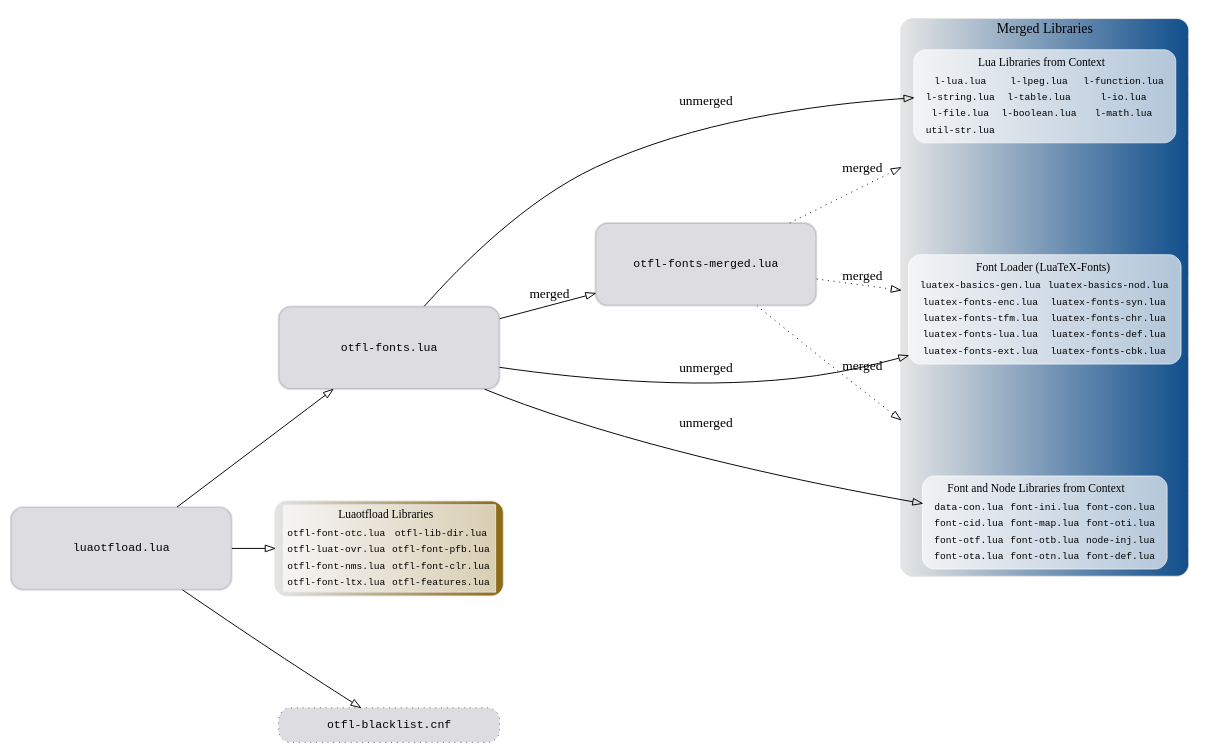
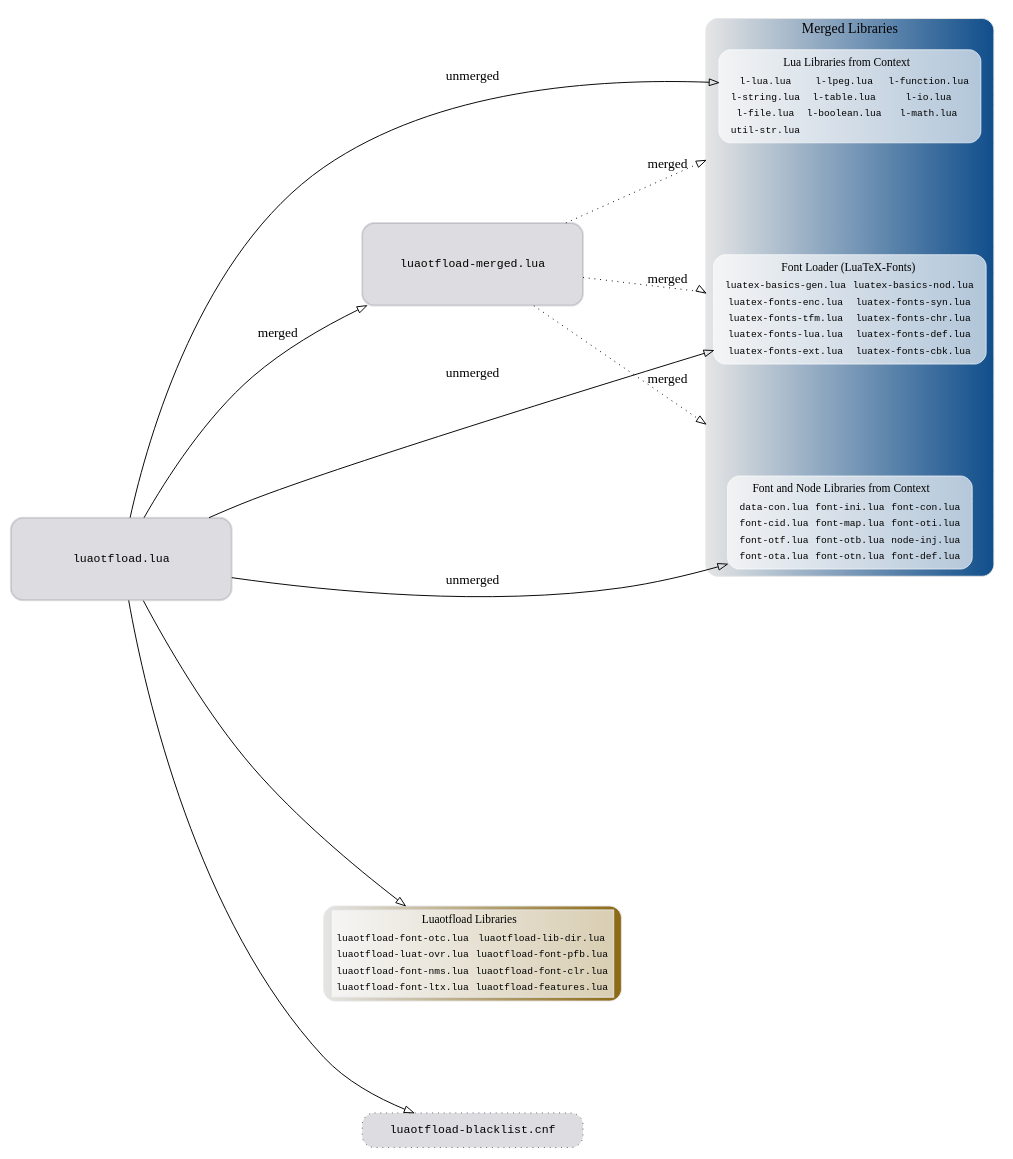
The diagram in filegraph.dot (latex3/luaotfload), drawn with Graphviz before and after one commit. The commit also changed 1 other file, not shown here.

Commit message:
update graph to current dependency structure

```diff
--- a/filegraph.dot
+++ b/filegraph.dot
@@ -1,199 +1,179 @@
 strict digraph luaotfload_files { //looks weird with circo ...
     compound       = true;
 
 //  label          = "Schematic of the files included in Luaotfload.";
 //  labelloc       = "b";
 
     fontsize       = "14.4";
     labelfontname  = "Iwona Medium Regular";
     fontname       = "Iwona Light Regular";
     size           = "21cm";
 
     rankdir        = LR;
     ranksep  = 0.618;
     nodesep  = 1.618;
 
     edge [
         arrowhead = onormal,
         fontname  = "Iwona Cond Regular",
         penwidth  = 1.0,
     ];
     node [
         //penwidth = 0.7,
         fontname = "Liberation Mono",
         fontsize = 12,
     ];
 
 /* ····································································
  * file structure
  * ································································· */
-    luaotfload -> otfl_fonts
-    otfl_fonts -> otfl_fonts_merged [label="merged"]
+    luaotfload -> otfl_fonts_merged [label="merged"]
+    luaotfload -> merged_lua_libs     [label="unmerged", style=solid]
+    luaotfload -> merged_luatex_fonts [label="unmerged", style=solid]
+    luaotfload -> merged_context_libs [label="unmerged", style=solid]
+
     luaotfload -> luaotfload_libs
     luaotfload -> otfl_blacklist_cnf
 
 
     otfl_fonts_merged -> merged_lua_libs     [label="merged",
                                               style=dotted,
                                               lhead=cluster_merged]
     otfl_fonts_merged -> merged_luatex_fonts [label="merged",
                                               style=dotted,
                                               lhead=cluster_merged]
     otfl_fonts_merged -> merged_context_libs [label="merged",
                                               style=dotted,
                                               lhead=cluster_merged]
 
-    otfl_fonts -> merged_lua_libs     [label="unmerged", style=solid]
-    otfl_fonts -> merged_luatex_fonts [label="unmerged", style=solid]
-    otfl_fonts -> merged_context_libs [label="unmerged", style=solid]
 
 
 /* ····································································
  * main files
  * ································································· */
 
     luaotfload        [label  = "luaotfload.lua",
                        shape  = rect,
                        width  = "3.2cm",
                        height = "1.2cm",
                        color  = "#01012222",
                        style  = "filled,rounded",
                        penwidth=2]
-    otfl_fonts        [label = "otfl-fonts.lua",
-                       shape = rect,
-                       width  = "3.2cm",
-                       height = "1.2cm",
-                       color  = "#01012222",
-                       style  = "filled,rounded",
-                       penwidth=2]
-    otfl_fonts_merged [label = "otfl-fonts-merged.lua",
+    /*
+     *otfl_fonts        [label = "luaotfload-fonts.lua",
+     *                   shape = rect,
+     *                   width  = "3.2cm",
+     *                   height = "1.2cm",
+     *                   color  = "#01012222",
+     *                   style  = "filled,rounded",
+     *                   penwidth=2]
+     */
+    otfl_fonts_merged [label = "luaotfload-merged.lua",
                        shape = rect,
                        width  = "3.2cm",
                        height = "1.2cm",
                        color  = "#01012222",
                        style  = "filled,rounded",
                        penwidth=2]
 
 /* ····································································
  * luaotfload files
  * ································································· */
 
-/*
- *    subgraph cluster_luaotfload_libs {
- *        style     = "filled,rounded";
- *        color     = "grey90:goldenrod4";
- *        gradientangle=0;
- *        //nodesep   = "3.0";
- *        rank      = same;
- *        label     = "Luaotfload";
- *        otfl_font_otc;  otfl_lib_dir;   otfl_luat_ovr;
- *        otfl_font_pfb;  otfl_font_nms;  otfl_font_clr;
- *        otfl_font_ltx;  otfl_features;  otfl_blacklist_cnf;
- *    }
- *
- *    otfl_font_otc      [style=filled, color=white, shape=box, label="otfl-font-otc.lua"]
- *    otfl_lib_dir       [style=filled, color=white, shape=box, label="otfl-lib-dir.lua"]
- *    otfl_luat_ovr      [style=filled, color=white, shape=box, label="otfl-luat-ovr.lua"]
- *    otfl_font_pfb      [style=filled, color=white, shape=box, label="otfl-font-pfb.lua"]
- *    otfl_font_nms      [style=filled, color=white, shape=box, label="otfl-font-nms.lua"]
- *    otfl_font_clr      [style=filled, color=white, shape=box, label="otfl-font-clr.lua"]
- *    otfl_font_ltx      [style=filled, color=white, shape=box, label="otfl-font-ltx.lua"]
- *    otfl_features      [style=filled, color=white, shape=box, label="otfl-features.lua"]
- */
 
     otfl_blacklist_cnf [style      = "filled,dashed",
                         shape      = rect,
                         width      = "3.2cm",
                         fillcolor  = "#01012222",
                         color      = grey40,
                         style      = "filled,dotted,rounded",
-                        label      = "otfl-blacklist.cnf"]
+                        label      = "luaotfload-blacklist.cnf"]
 
     luaotfload_libs [
         shape      = box,
         style      = "filled,rounded",
         color      = "grey90:goldenrod4",
         fontsize   = 10,
         label      = <
             <table cellborder="0" bgcolor="#FFFFFFAA">
                 <th> <td colspan="2"> <font point-size="12" face="Iwona Italic">Luaotfload Libraries</font> </td> </th>
-                <tr> <td>otfl-font-otc.lua</td> <td>otfl-lib-dir.lua</td>  </tr>
-                <tr> <td>otfl-luat-ovr.lua</td> <td>otfl-font-pfb.lua</td> </tr>
-                <tr> <td>otfl-font-nms.lua</td> <td>otfl-font-clr.lua</td> </tr>
-                <tr> <td>otfl-font-ltx.lua</td> <td>otfl-features.lua</td> </tr>
+                <tr> <td>luaotfload-font-otc.lua</td> <td>luaotfload-lib-dir.lua</td>  </tr>
+                <tr> <td>luaotfload-luat-ovr.lua</td> <td>luaotfload-font-pfb.lua</td> </tr>
+                <tr> <td>luaotfload-font-nms.lua</td> <td>luaotfload-font-clr.lua</td> </tr>
+                <tr> <td>luaotfload-font-ltx.lua</td> <td>luaotfload-features.lua</td> </tr>
             </table>
         >,
     ]
 
 /* ····································································
  * merged files
  * ································································· */
 
    subgraph cluster_merged {
        node [style=filled, color=white];
        style     = "filled,rounded";
        color     = "grey90:dodgerblue4";
        //nodesep   = "3.0";
        rank      = same;
        label     = "Merged Libraries";
        gradientangle=0;
        merged_lua_libs;
        merged_luatex_fonts;
        merged_context_libs;
    }
 
     otfl_fonts_merged -> merged_lua_libs
     otfl_fonts_merged -> merged_luatex_fonts
     otfl_fonts_merged -> merged_context_libs
 
     merged_lua_libs [
         shape      = box,
         style      = "filled,rounded",
         color      = "#FFFFFFAA",
         fontsize   = 10,
         label      = <
             <table border="0">
                 <th> <td colspan="3"> <font point-size="12" face="Iwona Italic">Lua Libraries from Context</font> </td> </th>
                 <tr> <td>l-lua.lua</td>     <td>l-lpeg.lua</td>    <td>l-function.lua</td>  </tr>
                 <tr> <td>l-string.lua</td>  <td>l-table.lua</td>   <td>l-io.lua</td>        </tr>
                 <tr> <td>l-file.lua</td>    <td>l-boolean.lua</td> <td>l-math.lua</td>      </tr>
                 <tr> <td>util-str.lua</td>                                                  </tr>
             </table>
         >,
     ]
 
     merged_luatex_fonts [
         shape      = box,
         style      = "filled,rounded",
         color      = "#FFFFFFAA",
         fontsize   = 10,
         label      = <
             <table border="0">
                 <th> <td colspan="2"> <font point-size="12" face="Iwona Italic">Font Loader (LuaTeX-Fonts)</font> </td> </th>
                 <tr> <td>luatex-basics-gen.lua</td> <td>luatex-basics-nod.lua</td> </tr>
                 <tr> <td>luatex-fonts-enc.lua</td>  <td>luatex-fonts-syn.lua</td> </tr>
                 <tr> <td>luatex-fonts-tfm.lua</td>  <td>luatex-fonts-chr.lua</td> </tr>
                 <tr> <td>luatex-fonts-lua.lua</td>  <td>luatex-fonts-def.lua</td> </tr>
                 <tr> <td>luatex-fonts-ext.lua</td>  <td>luatex-fonts-cbk.lua</td> </tr>
             </table>
         >,
     ]
 
     merged_context_libs [
         shape      = box,
         style      = "filled,rounded",
         color      = "#FFFFFFAA",
         fontsize   = 10,
         label      = <
             <table border="0">
                 <th> <td colspan="3"> <font point-size="12" face="Iwona Italic"> Font and Node Libraries from Context </font> </td> </th>
                 <tr> <td>data-con.lua</td> <td>font-ini.lua</td> <td>font-con.lua</td> </tr>
                 <tr> <td>font-cid.lua</td> <td>font-map.lua</td> <td>font-oti.lua</td> </tr>
                 <tr> <td>font-otf.lua</td> <td>font-otb.lua</td> <td>node-inj.lua</td> </tr>
                 <tr> <td>font-ota.lua</td> <td>font-otn.lua</td> <td>font-def.lua</td> </tr>
             </table>
         >,
     ]
 }
 
 // vim:ft=dot:sw=4:ts=4:expandtab
```
